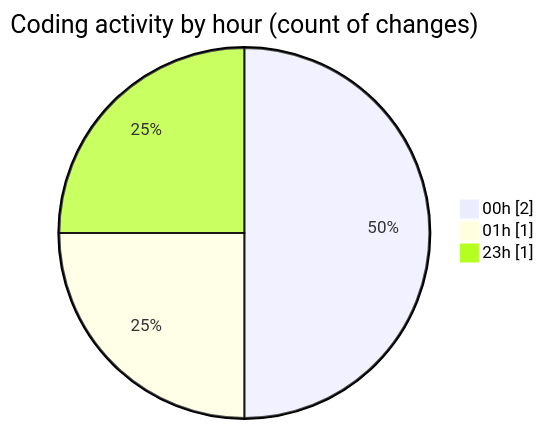
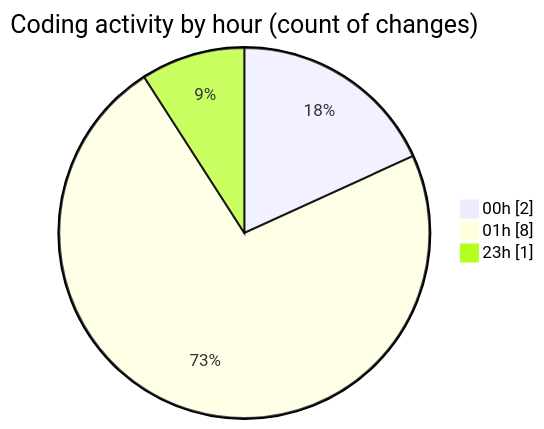
The second of 2 diagrams in 2025-07-19/nhahang/README.md (lephambinh05/code-tracking), drawn with Mermaid before and after one commit. The commit also changed other lines of this file and 1 other file, not shown here.

````diff
--- a/2025-07-19/nhahang/README.md
+++ b/2025-07-19/nhahang/README.md
@@ -31,7 +36,7 @@
 ```mermaid
 pie showData
 title Coding activity by hour (count of changes)
 "00h" : 2
-"01h" : 1
+"01h" : 8
 "23h" : 1
 ```
````
